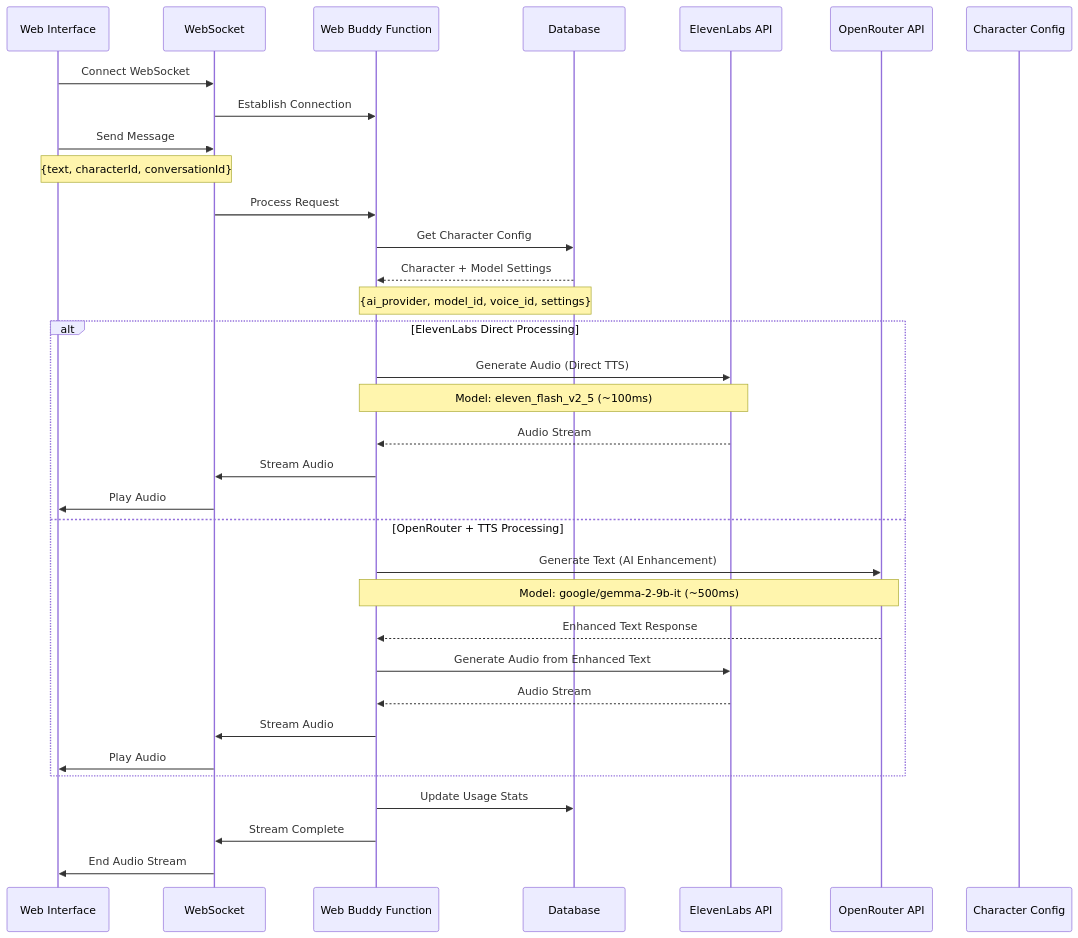
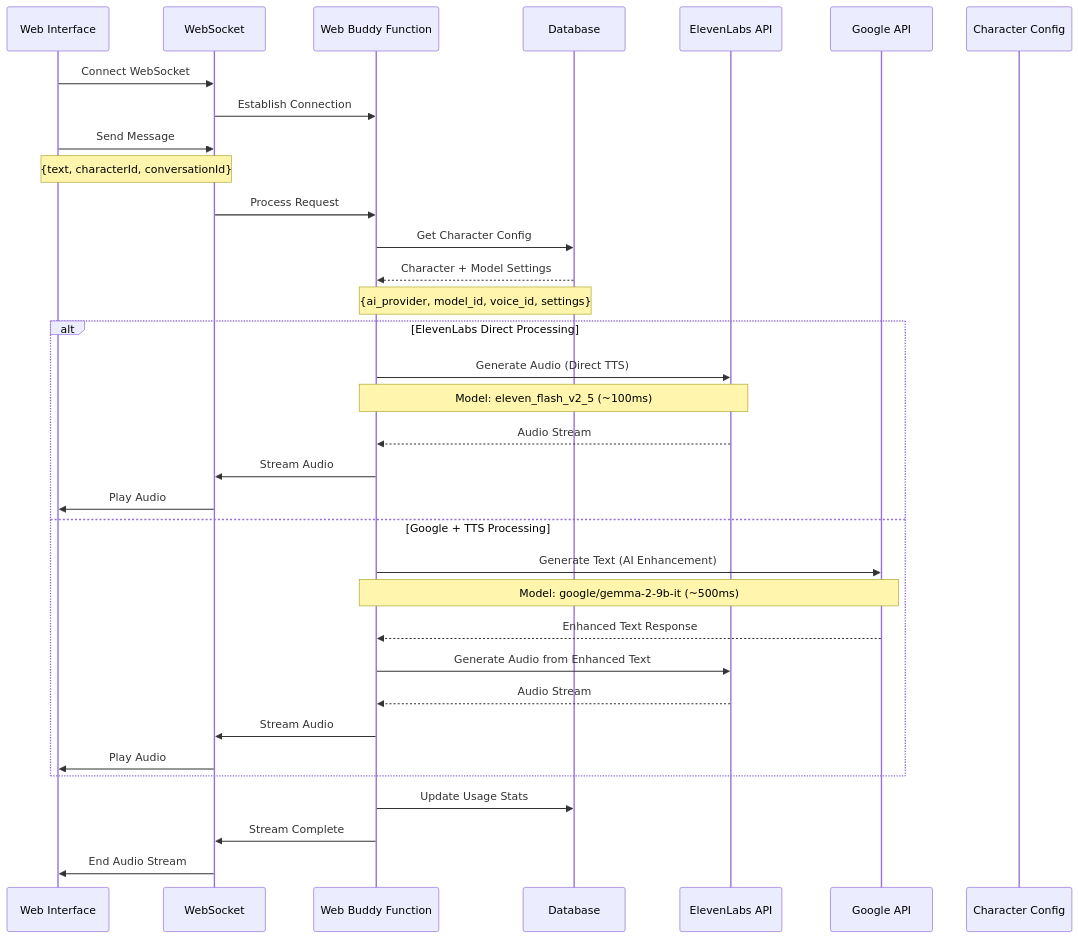
The second of 6 diagrams in README.md (ngelik/tts-web-buddy-tech-demo), drawn with Mermaid before and after one commit. The commit also changed other lines of this file, not shown here.

First line of the commit message:
docs: Update README to reflect integration with Google AI models

````diff
--- a/README.md
+++ b/README.md
@@ -76,41 +76,41 @@
 ```mermaid
 sequenceDiagram
     participant UI as Web Interface
     participant WS as WebSocket
     participant WB as Web Buddy Function
     participant DB as Database
     participant EL as ElevenLabs API
-    participant OR as OpenRouter API
+    participant OR as Google API
     participant CHAR as Character Config
 
     UI->>WS: Connect WebSocket
     WS->>WB: Establish Connection
     
     UI->>WS: Send Message
     Note over UI,WS: {text, characterId, conversationId}
     
     WS->>WB: Process Request
     WB->>DB: Get Character Config
     DB-->>WB: Character + Model Settings
     Note over DB,WB: {ai_provider, model_id, voice_id, settings}
     
     alt ElevenLabs Direct Processing
         WB->>EL: Generate Audio (Direct TTS)
         Note over WB,EL: Model: eleven_flash_v2_5 (~100ms)
         EL-->>WB: Audio Stream
         WB->>WS: Stream Audio
         WS->>UI: Play Audio
-    else OpenRouter + TTS Processing
+    else Google + TTS Processing
         WB->>OR: Generate Text (AI Enhancement)
         Note over WB,OR: Model: google/gemma-2-9b-it (~500ms)
         OR-->>WB: Enhanced Text Response
         WB->>EL: Generate Audio from Enhanced Text
         EL-->>WB: Audio Stream
         WB->>WS: Stream Audio
         WS->>UI: Play Audio
     end
     
     WB->>DB: Update Usage Stats
     WB->>WS: Stream Complete
     WS->>UI: End Audio Stream
 ```
````
